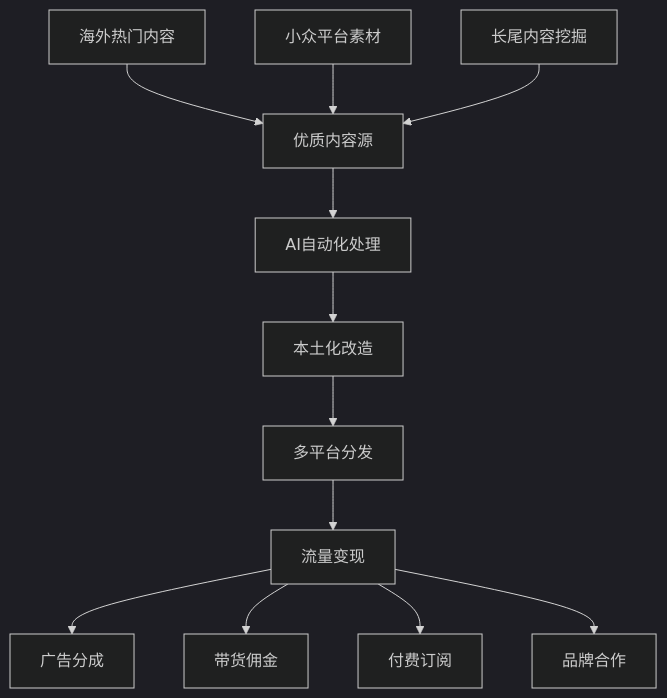
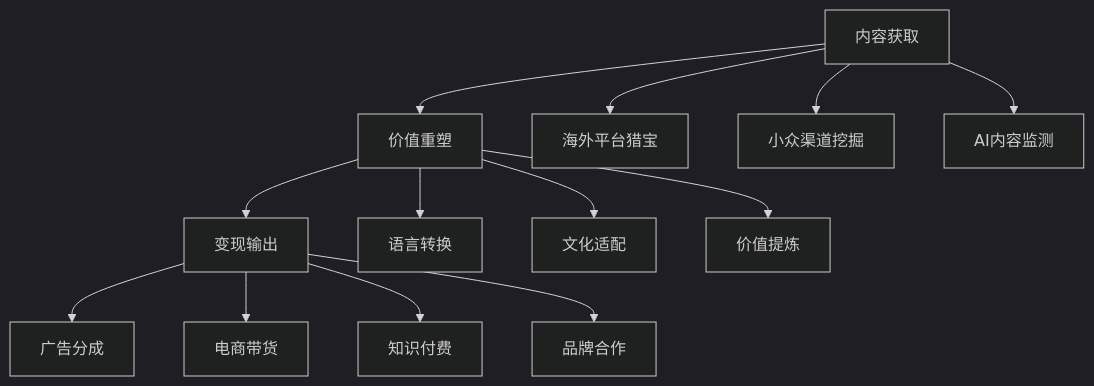
The diagram in posts/script-arbitrage-media-detailed-analysis.md (Rhan2020/my-blog), drawn with Mermaid (dark theme) before and after one commit. The commit also changed other lines of this file and 1 other file, not shown here.

````diff
--- a/posts/script-arbitrage-media-detailed-analysis.md
+++ b/posts/script-arbitrage-media-detailed-analysis.md
@@ -20,16 +28,18 @@
 ```mermaid
 graph TD
-    A[优质内容源] --> B[AI自动化处理]
-    B --> C[本土化改造]  
-    C --> D[多平台分发]
-    D --> E[流量变现]
+    A[内容获取] --> B[价值重塑]
+    B --> C[变现输出]
     
-    A1[海外热门内容] --> A
-    A2[小众平台素材] --> A
-    A3[长尾内容挖掘] --> A
+    A --> A1[海外平台猎宝]
+    A --> A2[小众渠道挖掘]
+    A --> A3[AI内容监测]
     
-    E --> E1[广告分成]
-    E --> E2[带货佣金]
-    E --> E3[付费订阅]
-    E --> E4[品牌合作]
+    B --> B1[语言转换]
+    B --> B2[文化适配]
+    B --> B3[价值提炼]
+    
+    C --> C1[广告分成]
+    C --> C2[电商带货]
+    C --> C3[知识付费]
+    C --> C4[品牌合作]
 ```
````
